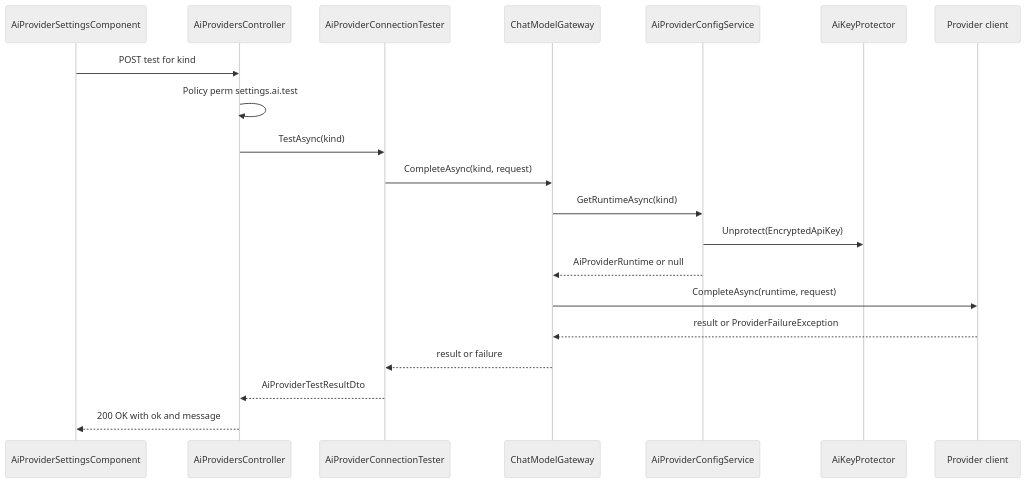
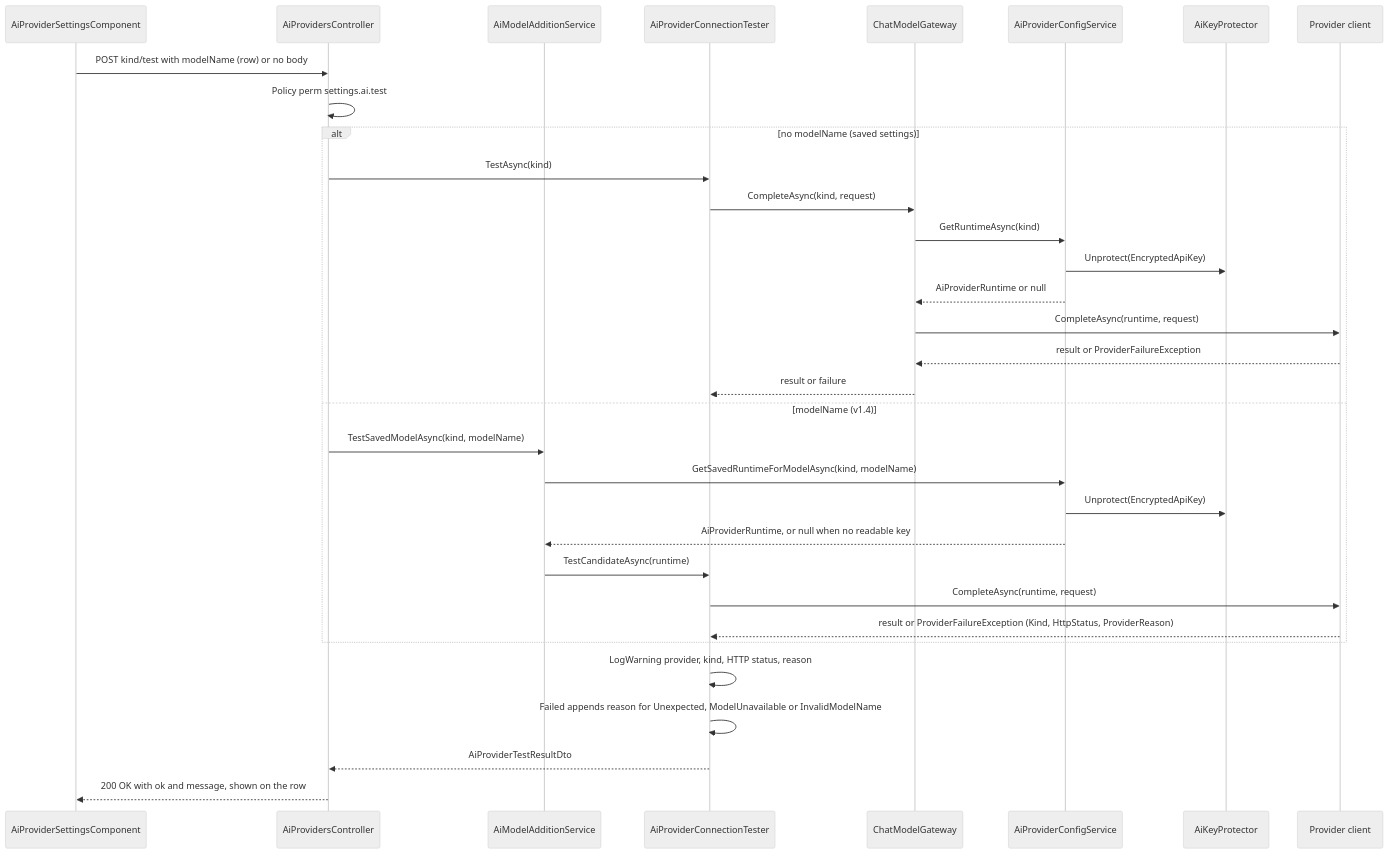
The second of 5 diagrams in TF - Documents/TF - LLD/06-Settings/06.3-TFA-Settings/LLD-TFA-Settings.md (jojogeorge3344/TaskFlow-Project), drawn with Mermaid (neutral theme) before and after one commit. The commit also changed other lines of this file and 103 other files, not shown here.

````diff
--- a/TF - Documents/TF - LLD/06-Settings/06.3-TFA-Settings/LLD-TFA-Settings.md
+++ b/TF - Documents/TF - LLD/06-Settings/06.3-TFA-Settings/LLD-TFA-Settings.md
@@ -380,22 +496,35 @@
 ```mermaid
 sequenceDiagram
   participant UI as AiProviderSettingsComponent
   participant C as AiProvidersController
+  participant M as AiModelAdditionService
   participant T as AiProviderConnectionTester
   participant G as ChatModelGateway
   participant S as AiProviderConfigService
   participant K as AiKeyProtector
   participant P as Provider client
-  UI->>C: POST test for kind
+  UI->>C: POST kind/test with modelName (row) or no body
   C->>C: Policy perm settings.ai.test
-  C->>T: TestAsync(kind)
-  T->>G: CompleteAsync(kind, request)
-  G->>S: GetRuntimeAsync(kind)
-  S->>K: Unprotect(EncryptedApiKey)
-  S-->>G: AiProviderRuntime or null
-  G->>P: CompleteAsync(runtime, request)
-  P-->>G: result or ProviderFailureException
-  G-->>T: result or failure
+  alt no modelName (saved settings)
+    C->>T: TestAsync(kind)
+    T->>G: CompleteAsync(kind, request)
+    G->>S: GetRuntimeAsync(kind)
+    S->>K: Unprotect(EncryptedApiKey)
+    S-->>G: AiProviderRuntime or null
+    G->>P: CompleteAsync(runtime, request)
+    P-->>G: result or ProviderFailureException
+    G-->>T: result or failure
+  else modelName (v1.4)
+    C->>M: TestSavedModelAsync(kind, modelName)
+    M->>S: GetSavedRuntimeForModelAsync(kind, modelName)
+    S->>K: Unprotect(EncryptedApiKey)
+    S-->>M: AiProviderRuntime, or null when no readable key
+    M->>T: TestCandidateAsync(runtime)
+    T->>P: CompleteAsync(runtime, request)
+    P-->>T: result or ProviderFailureException (Kind, HttpStatus, ProviderReason)
+  end
+  T->>T: LogWarning provider, kind, HTTP status, reason
+  T->>T: Failed appends reason for Unexpected, ModelUnavailable or InvalidModelName
   T-->>C: AiProviderTestResultDto
-  C-->>UI: 200 OK with ok and message
+  C-->>UI: 200 OK with ok and message, shown on the row
 ```
````
